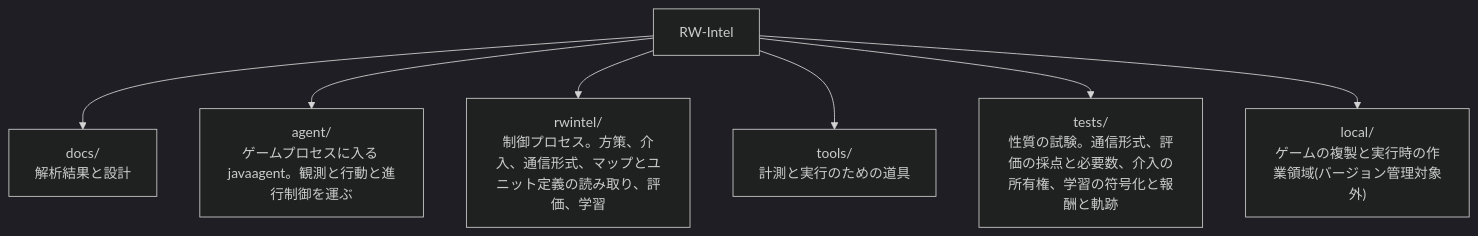
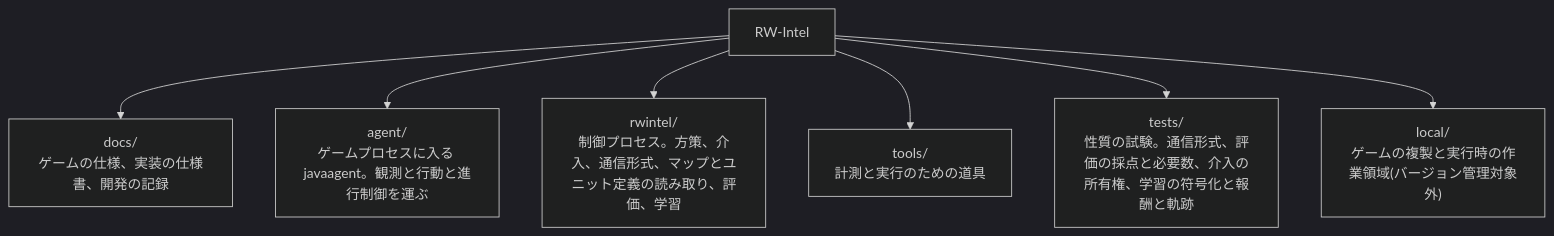
One commit to h4ribote/RW-Intel changed the diagram in README.md. Above: the diagram before and after it, drawn with Mermaid (dark theme). The commit also changed other lines of this file, not shown here.

````diff
--- a/README.md
+++ b/README.md
@@ -76,10 +53,10 @@
 ```mermaid
 flowchart TD
     root["RW-Intel"]
-    root --> docs["docs/<br/>解析結果と設計"]
+    root --> docs["docs/<br/>ゲームの仕様、実装の仕様書、開発の記録"]
     root --> agent["agent/<br/>ゲームプロセスに入る javaagent。観測と行動と進行制御を運ぶ"]
     root --> rwintel["rwintel/<br/>制御プロセス。方策、介入、通信形式、マップとユニット定義の読み取り、評価、学習"]
     root --> tools["tools/<br/>計測と実行のための道具"]
     root --> tests["tests/<br/>性質の試験。通信形式、評価の採点と必要数、介入の所有権、学習の符号化と報酬と軌跡"]
     root --> local["local/<br/>ゲームの複製と実行時の作業領域(バージョン管理対象外)"]
 ```
````
